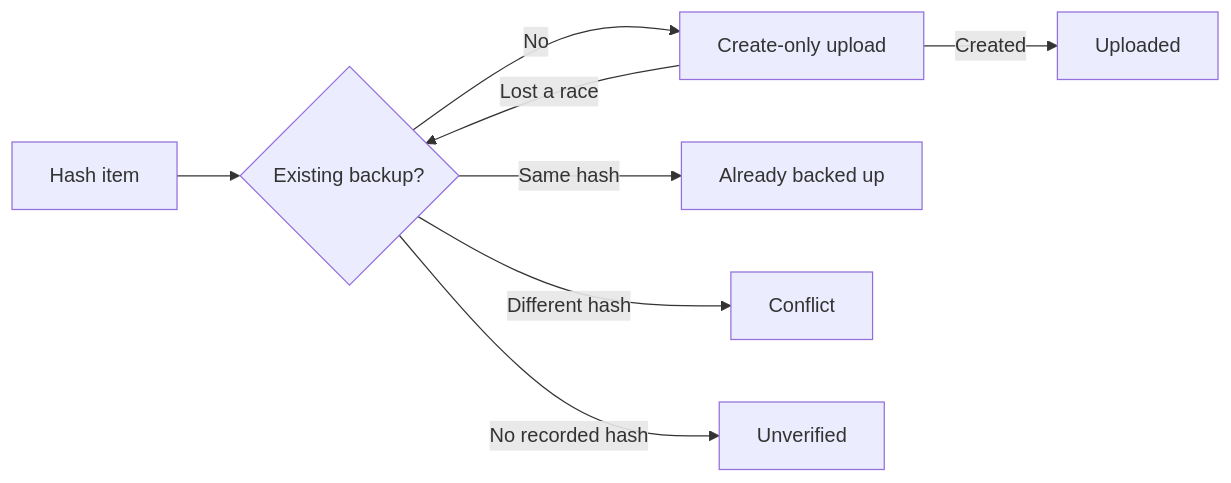
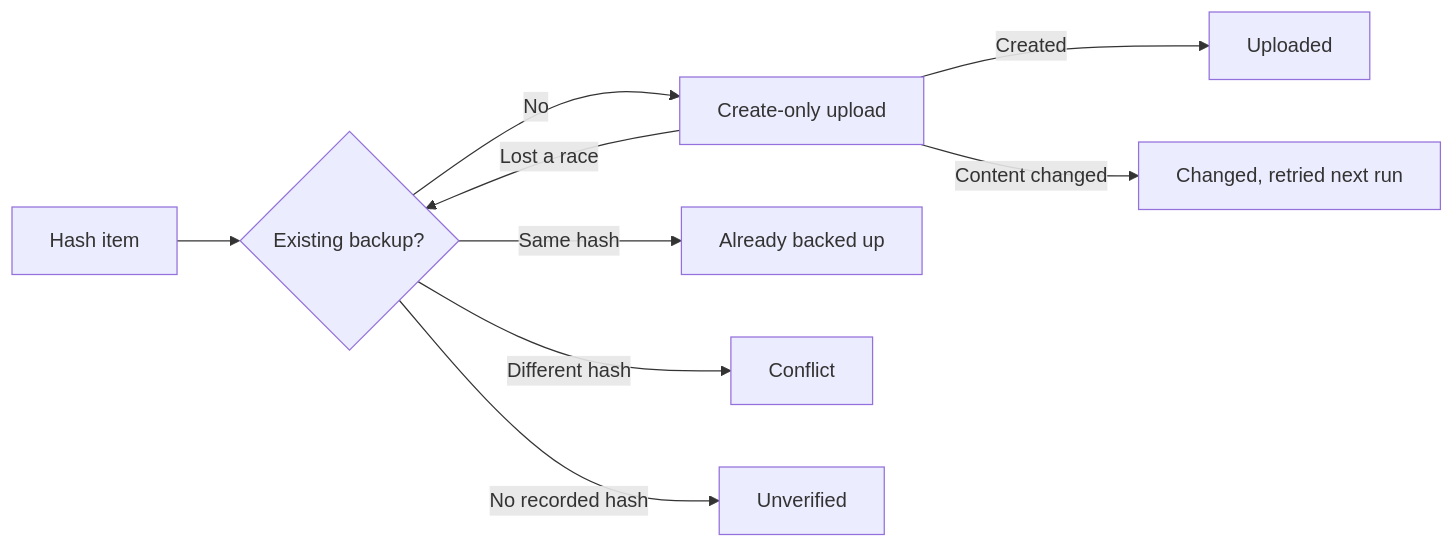
The second of 2 diagrams in src/DcimCloudSync.Core/README.md (f2calv/android-dcim-cloud-sync), drawn with Mermaid before and after one commit. The commit also changed other lines of this file and 15 other files, not shown here.

````diff
--- a/src/DcimCloudSync.Core/README.md
+++ b/src/DcimCloudSync.Core/README.md
@@ -43,10 +44,11 @@
 ```mermaid
 flowchart LR
     A[Hash item] --> B{Existing backup?}
     B -- No --> C[Create-only upload]
     C -- Created --> D[Uploaded]
     C -- Lost a race --> B
     B -- Same hash --> E[Already backed up]
     B -- Different hash --> F[Conflict]
     B -- No recorded hash --> G[Unverified]
+    C -- Content changed --> H[Changed, retried next run]
 ```
````
